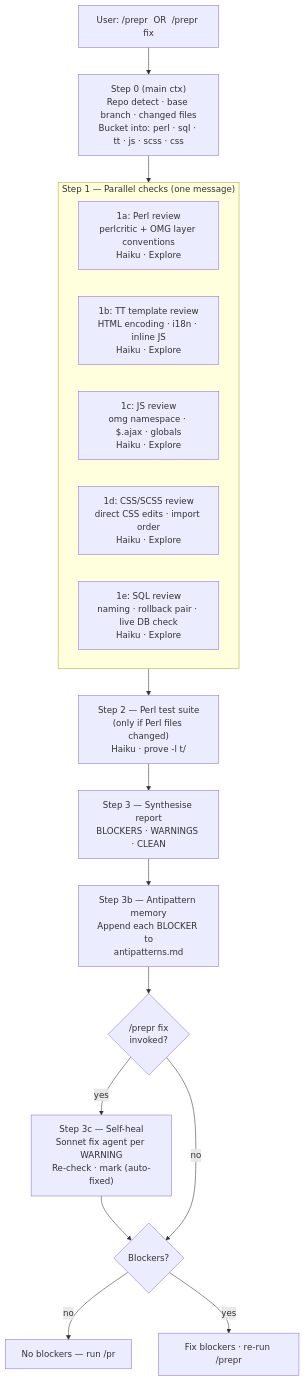
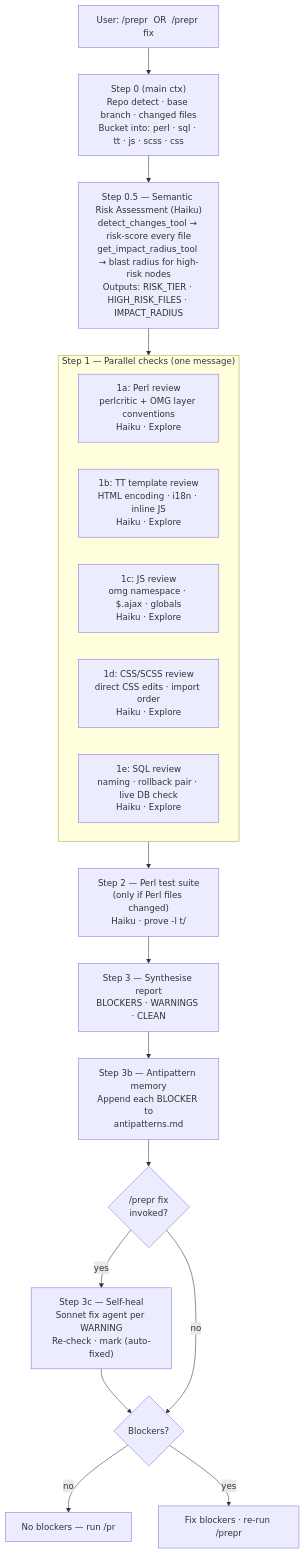
Before and after one commit to ahsan0444/jintech-omg-dev: the sixth of 9 diagrams in WORKFLOW.md, drawn with Mermaid. The commit also changed other lines of this file and 7 other files, not shown here.

````diff
--- a/WORKFLOW.md
+++ b/WORKFLOW.md
@@ -167,29 +168,30 @@
 ```mermaid
 flowchart TD
     Start["User: /prepr  OR  /prepr fix"]
     S0["Step 0 (main ctx)\nRepo detect · base branch · changed files\nBucket into: perl · sql · tt · js · scss · css"]
+    S05["Step 0.5 — Semantic Risk Assessment (Haiku)\ndetect_changes_tool → risk-score every file\nget_impact_radius_tool → blast radius for high-risk nodes\nOutputs: RISK_TIER · HIGH_RISK_FILES · IMPACT_RADIUS"]
 
     subgraph Checks["Step 1 — Parallel checks (one message)"]
         C1a["1a: Perl review\nperlcritic + OMG layer conventions\nHaiku · Explore"]
         C1b["1b: TT template review\nHTML encoding · i18n · inline JS\nHaiku · Explore"]
         C1c["1c: JS review\nomg namespace · $.ajax · globals\nHaiku · Explore"]
         C1d["1d: CSS/SCSS review\ndirect CSS edits · import order\nHaiku · Explore"]
         C1e["1e: SQL review\nnaming · rollback pair · live DB check\nHaiku · Explore"]
     end
 
     S2["Step 2 — Perl test suite\n(only if Perl files changed)\nHaiku · prove -l t/"]
     S3["Step 3 — Synthesise report\nBLOCKERS · WARNINGS · CLEAN"]
     S3b["Step 3b — Antipattern memory\nAppend each BLOCKER to\nantipatterns.md"]
 
     Fix{"/prepr fix\ninvoked?"}
     S3c["Step 3c — Self-heal\nSonnet fix agent per WARNING\nRe-check · mark (auto-fixed)"]
     Out{"Blockers?"}
     Clear["No blockers — run /pr"]
     Blocked["Fix blockers · re-run /prepr"]
 
-    Start --> S0 --> Checks --> S2 --> S3 --> S3b --> Fix
+    Start --> S0 --> S05 --> Checks --> S2 --> S3 --> S3b --> Fix
     Fix -->|yes| S3c --> Out
     Fix -->|no| Out
     Out -->|no| Clear
     Out -->|yes| Blocked
 ```
````
